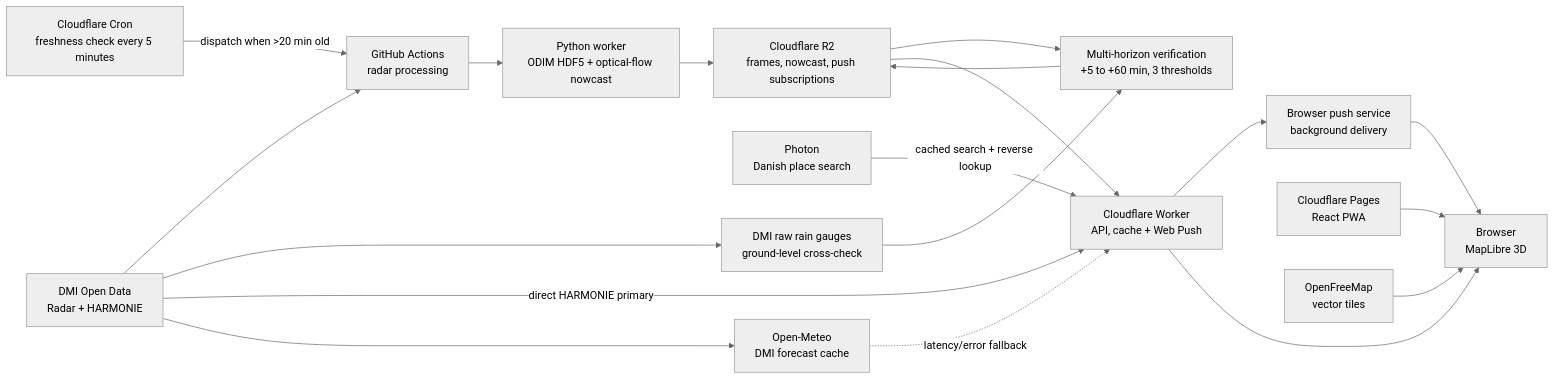
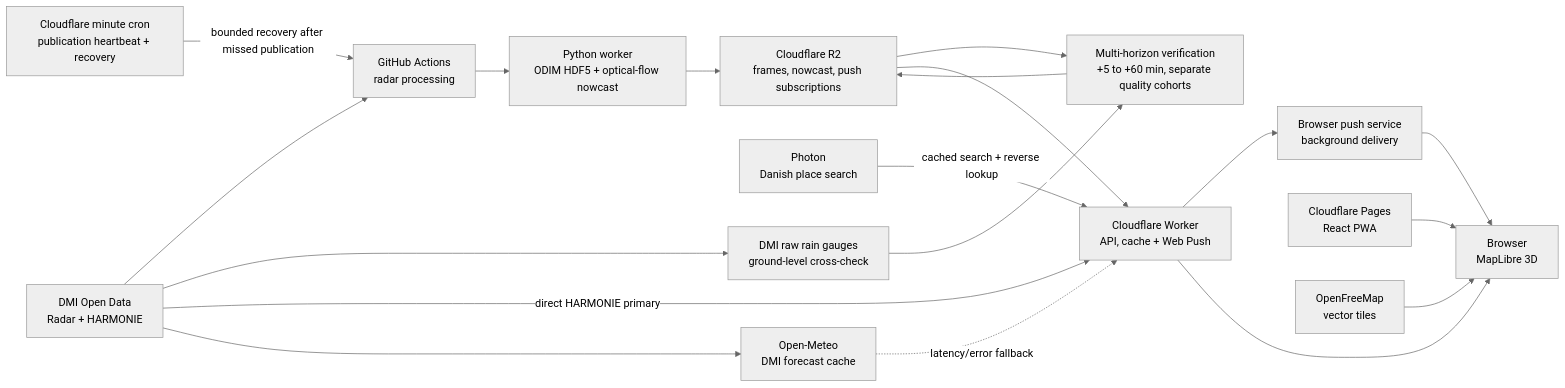
Before and after one commit to browndahl/wetMap: the diagram in README.md, drawn with Mermaid (neutral theme). The commit also changed other lines of this file and 14 other files, not shown here.

````diff
--- a/README.md
+++ b/README.md
@@ -21,31 +27,31 @@
 ```mermaid
 flowchart LR
   DMI["DMI Open Data\nRadar + HARMONIE"]
   OM["Open-Meteo\nDMI forecast cache"]
   Photon["Photon\nDanish place search"]
-  Scheduler["Cloudflare Cron\nfreshness check every 5 minutes"]
+  Scheduler["Cloudflare minute cron\npublication heartbeat + recovery"]
   GH["GitHub Actions\nradar processing"]
   PW["Python worker\nODIM HDF5 + optical-flow nowcast"]
   R2["Cloudflare R2\nframes, nowcast, push subscriptions"]
-  Verify["Multi-horizon verification\n+5 to +60 min, 3 thresholds"]
+  Verify["Multi-horizon verification\n+5 to +60 min, separate quality cohorts"]
   Gauges["DMI raw rain gauges\nground-level cross-check"]
   Edge["Cloudflare Worker\nAPI, cache + Web Push"]
   Push["Browser push service\nbackground delivery"]
   Pages["Cloudflare Pages\nReact PWA"]
   Map["OpenFreeMap\nvector tiles"]
   User["Browser\nMapLibre 3D"]
 
-  Scheduler -->|dispatch when >20 min old| GH
+  Scheduler -->|bounded recovery after missed publication| GH
   DMI --> GH --> PW --> R2
   R2 --> Verify --> R2
   DMI --> Gauges --> Verify
   DMI -->|direct HARMONIE primary| Edge
   DMI --> OM
   OM -. latency/error fallback .-> Edge
   Photon -->|cached search + reverse lookup| Edge
   R2 --> Edge
   Edge --> Push --> User
   Pages --> User
   Edge --> User
   Map --> User
 ```
````
